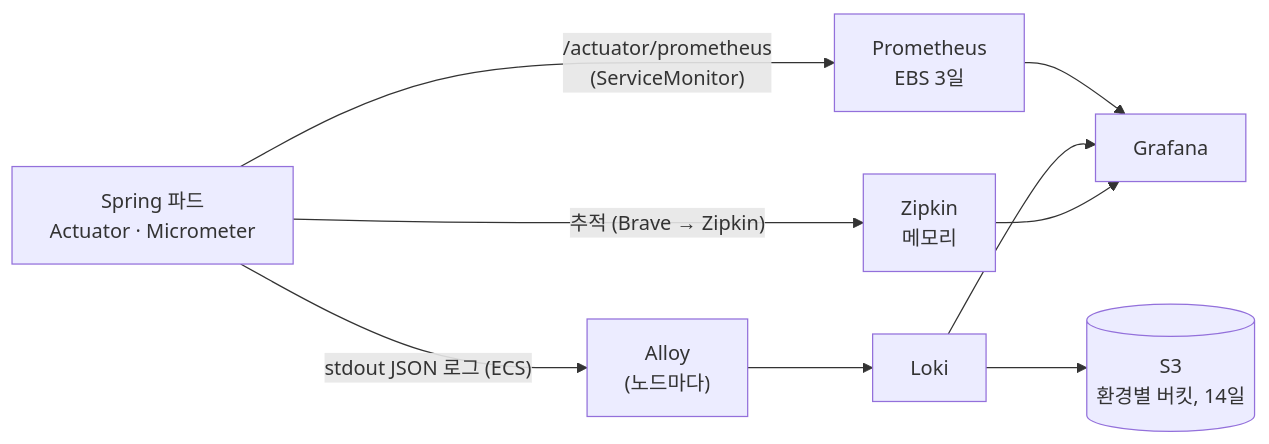
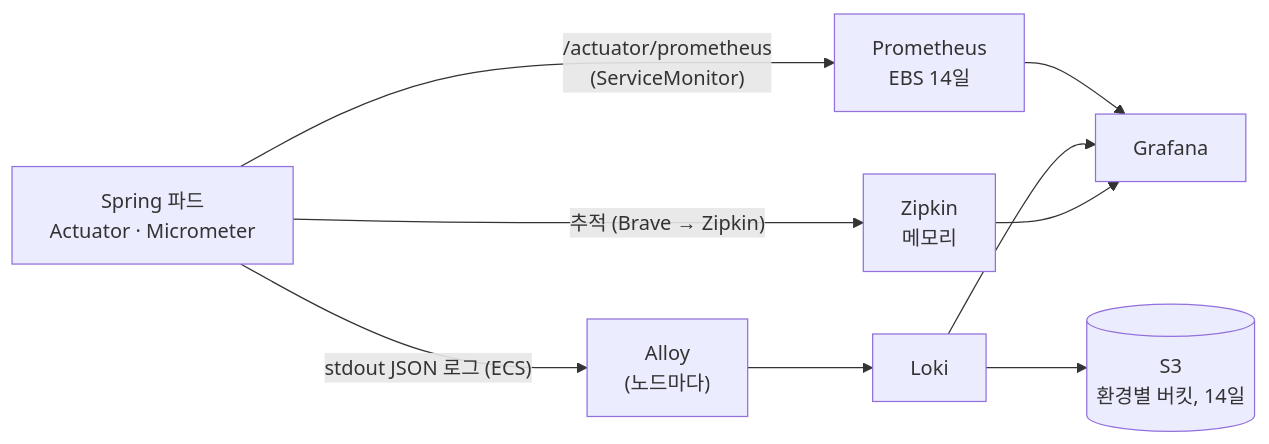
Before and after one commit to sesac-freshlink/gitops: the diagram in platform/observability/README.md, drawn with Mermaid. The commit also changed other lines of this file and 1 other file, not shown here.

Commit message:
chore(observability): Prometheus 보관 기간 3일 → 14일
prod 클러스터를 시연(11/20)까지 지우지 않으므로 지표를 길게 남긴다.
retentionSize 8GB(볼륨 10Gi)는 그대로.

Claude-Session: https://claude.ai/code/session_01BALwRB9pLtAE787gsLRkou

````diff
--- a/platform/observability/README.md
+++ b/platform/observability/README.md
@@ -28,7 +28,7 @@
 ```mermaid
 flowchart LR
-    APP["Spring 파드<br/>Actuator · Micrometer"] -- "/actuator/prometheus<br/>(ServiceMonitor)" --> P["Prometheus<br/>EBS 3일"]
+    APP["Spring 파드<br/>Actuator · Micrometer"] -- "/actuator/prometheus<br/>(ServiceMonitor)" --> P["Prometheus<br/>EBS 14일"]
     APP -- "추적 (Brave → Zipkin)" --> Z["Zipkin<br/>메모리"]
     APP -- "stdout JSON 로그 (ECS)" --> A["Alloy<br/>(노드마다)"] --> L["Loki"] --> S3[("S3<br/>환경별 버킷, 14일")]
     P & L & Z --> G["Grafana"]
 ```
````
